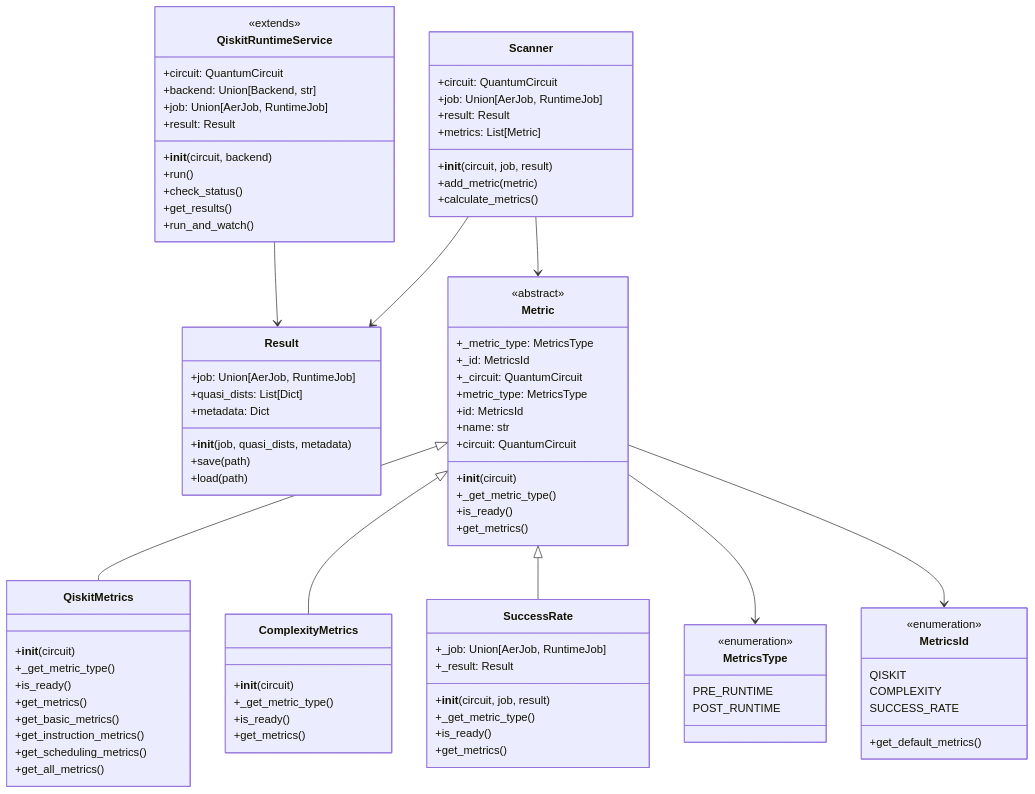
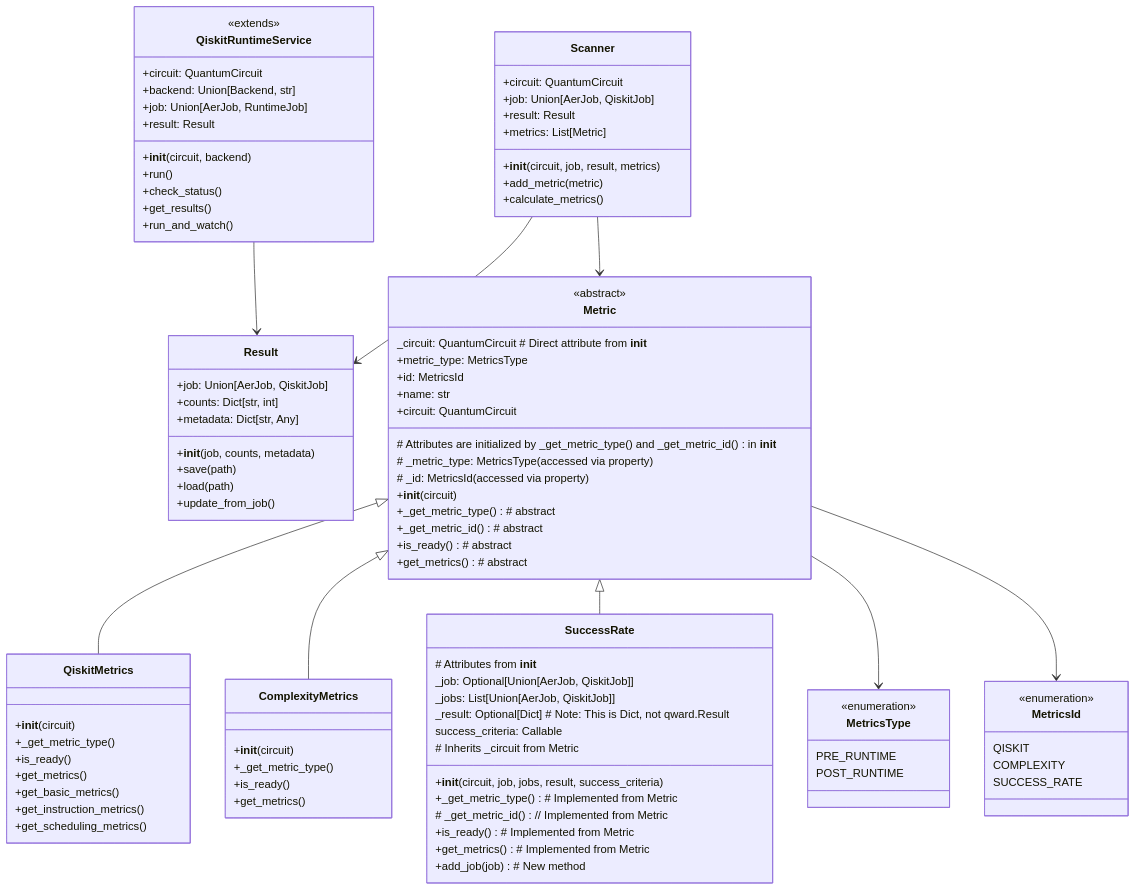
One commit to xthecapx/qiskit-qward changed the diagram in docs/architecture.md. Above: the diagram before and after it, drawn with Mermaid. The commit also changed other lines of this file and 19 other files, not shown here.

First line of the commit message:
Update architecture and documentation for Qward library

```diff
--- a/docs/architecture.md
+++ b/docs/architecture.md
@@ -10,10 +10,10 @@
 classDiagram
     class Scanner {
         +circuit: QuantumCircuit
-        +job: Union[AerJob, RuntimeJob]
+        +job: Union[AerJob, QiskitJob]
         +result: Result
         +metrics: List[Metric]
-        +__init__(circuit, job, result)
+        +__init__(circuit, job, result, metrics)
         +add_metric(metric)
         +calculate_metrics()
     }
@@ -32,27 +32,30 @@
     }
 
     class Result {
-        +job: Union[AerJob, RuntimeJob]
-        +quasi_dists: List[Dict]
-        +metadata: Dict
-        +__init__(job, quasi_dists, metadata)
+        +job: Union[AerJob, QiskitJob]
+        +counts: Dict[str, int]
+        +metadata: Dict[str, Any]
+        +__init__(job, counts, metadata)
         +save(path)
         +load(path)
+        +update_from_job()
     }
 
     class Metric {
         <<abstract>>
-        +_metric_type: MetricsType
-        +_id: MetricsId
-        +_circuit: QuantumCircuit
+        # Attributes are initialized by _get_metric_type() and _get_metric_id() in __init__
+        # _metric_type: MetricsType  (accessed via property)
+        # _id: MetricsId (accessed via property)
+        _circuit: QuantumCircuit # Direct attribute from __init__
         +__init__(circuit)
         +metric_type: MetricsType
         +id: MetricsId
         +name: str
         +circuit: QuantumCircuit
-        +_get_metric_type()
-        +is_ready()
-        +get_metrics()
+        +_get_metric_type() # abstract
+        +_get_metric_id() # abstract
+        +is_ready() # abstract
+        +get_metrics() # abstract
     }
 
     class MetricsType {
@@ -66,7 +69,6 @@
         QISKIT
         COMPLEXITY
         SUCCESS_RATE
-        +get_default_metrics()
     }
 
     class QiskitMetrics {
@@ -77,7 +79,6 @@
         +get_basic_metrics()
         +get_instruction_metrics()
         +get_scheduling_metrics()
-        +get_all_metrics()
     }
 
     class ComplexityMetrics {
@@ -88,12 +89,19 @@
     }
 
     class SuccessRate {
-        +_job: Union[AerJob, RuntimeJob]
-        +_result: Result
-        +__init__(circuit, job, result)
-        +_get_metric_type()
-        +is_ready()
-        +get_metrics()
+        # Attributes from __init__
+        _job: Optional[Union[AerJob, QiskitJob]]
+        _jobs: List[Union[AerJob, QiskitJob]]
+        _result: Optional[Dict] # Note: This is Dict, not qward.Result
+        success_criteria: Callable
+        # Inherits _circuit from Metric
+
+        +__init__(circuit, job, jobs, result, success_criteria)
+        +_get_metric_type() # Implemented from Metric
+        # _get_metric_id() // Implemented from Metric
+        +is_ready() # Implemented from Metric
+        +get_metrics() # Implemented from Metric
+        +add_job(job) # New method
     }
 
     Scanner --> Result
```
